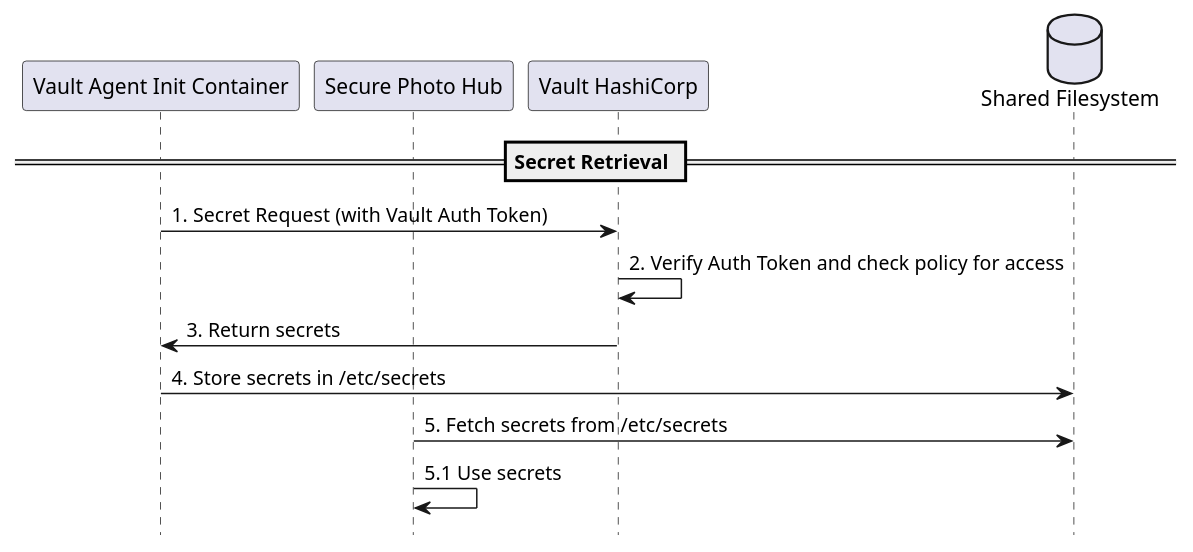
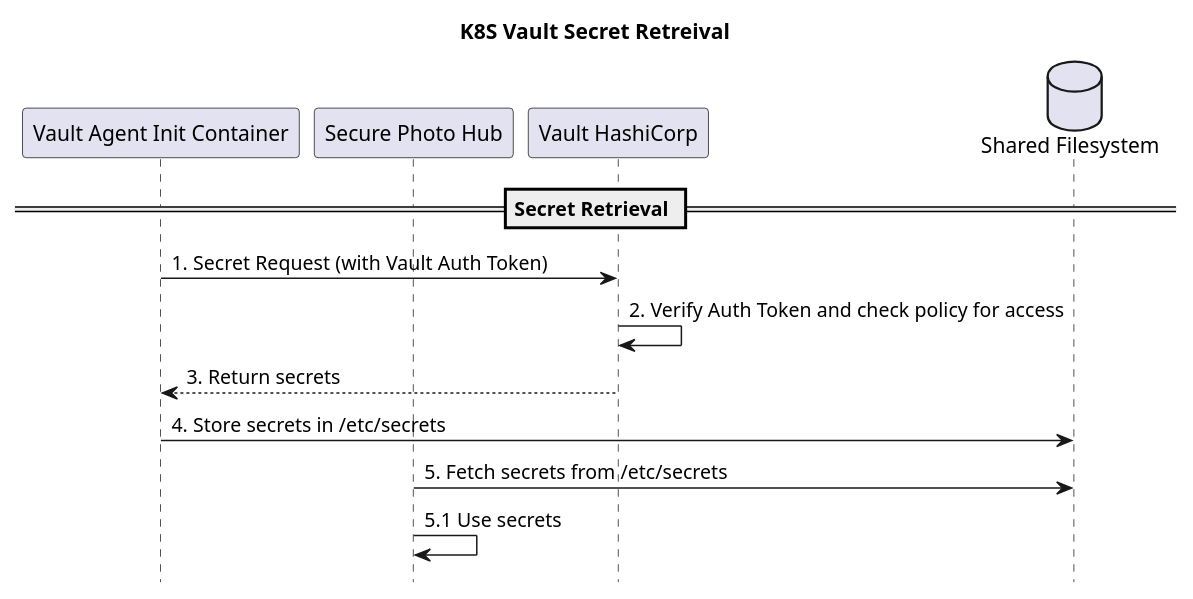
One commit to vtramo/secure-photo-hub changed the diagram in plantuml/vault/3-kubernetes-vault-secret-retreival.puml. Above: the diagram before and after it, drawn with PlantUML. The commit also changed 7 other files, not shown here.

Commit message:
docs: add bearer token authentication sequence diagram

```diff
--- a/plantuml/vault/3-kubernetes-vault-secret-retreival.puml
+++ b/plantuml/vault/3-kubernetes-vault-secret-retreival.puml
@@ -1,17 +1,18 @@
 @startuml
 hide footbox
+title K8S Vault Secret Retreival
 
 participant "Vault Agent Init Container" as VaultAgent
 participant "Secure Photo Hub" as SecurePhotoHub
 participant "Vault HashiCorp" as Vault
 database "Shared Filesystem" as Filesystem
 
 == Secret Retrieval ==
 VaultAgent -> Vault: 1. Secret Request (with Vault Auth Token)
 Vault -> Vault: 2. Verify Auth Token and check policy for access
-Vault -> VaultAgent: 3. Return secrets
+Vault --> VaultAgent: 3. Return secrets
 VaultAgent -> Filesystem: 4. Store secrets in /etc/secrets
 SecurePhotoHub -> Filesystem: 5. Fetch secrets from /etc/secrets
 SecurePhotoHub -> SecurePhotoHub: 5.1 Use secrets
 
 @enduml
```
